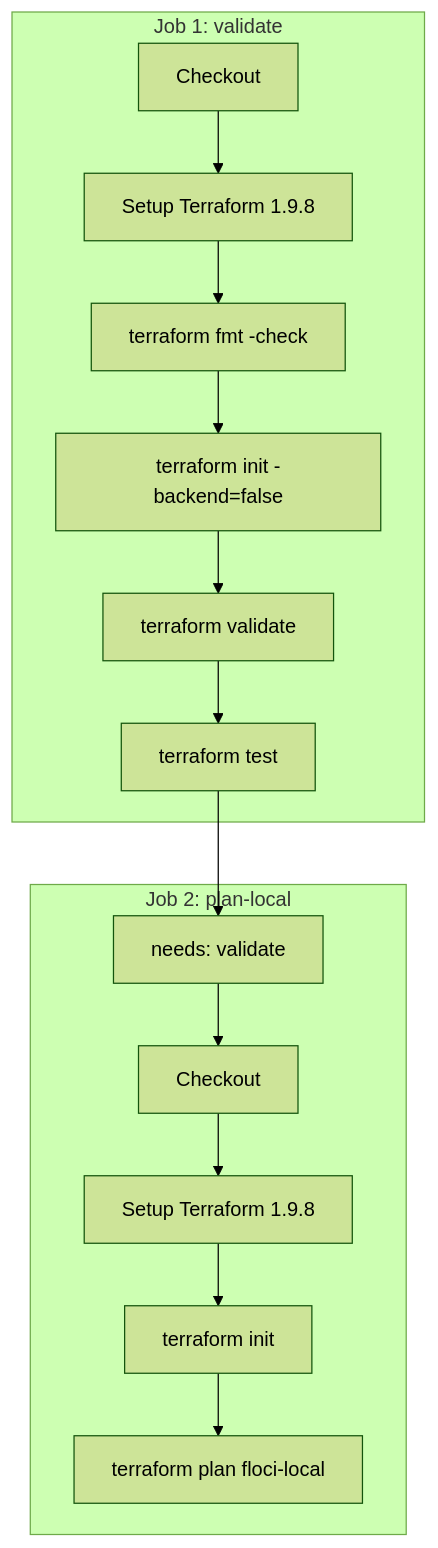
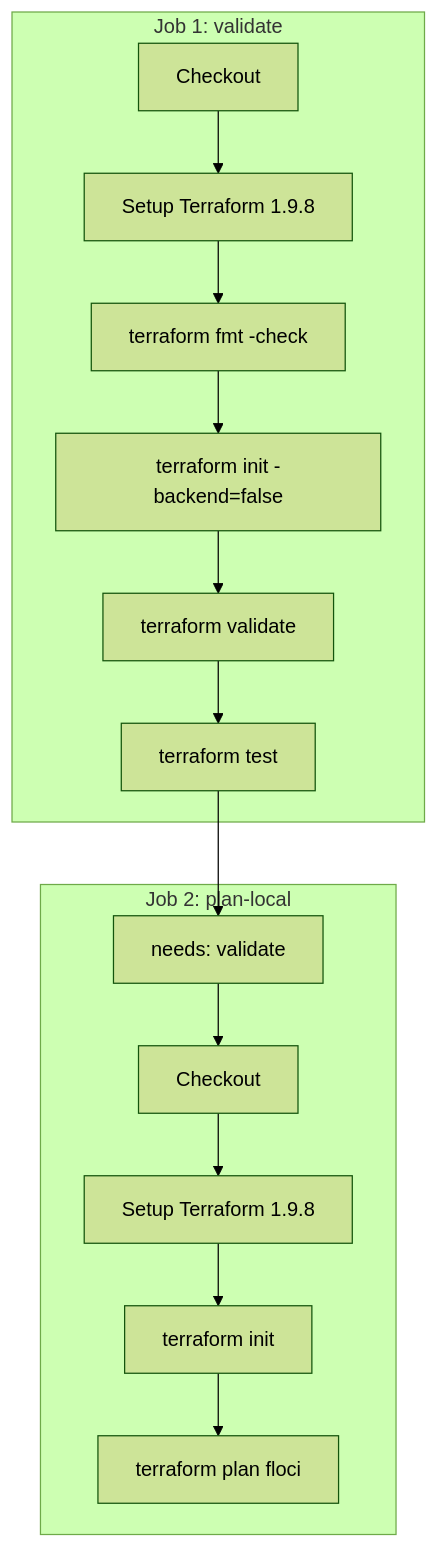
One commit to kunalPisolkar24/detectAI changed the second of 4 diagrams in infra/docs/operations/ci-cd.md. Above: the diagram before and after it, drawn with Mermaid (forest theme). The commit also changed other lines of this file and 10 other files, not shown here.

````diff
--- a/infra/docs/operations/ci-cd.md
+++ b/infra/docs/operations/ci-cd.md
@@ -40,31 +40,31 @@
 ```mermaid
 graph TB
     subgraph "Job 1: validate"
         Checkout1[Checkout]
         Setup1[Setup Terraform 1.9.8]
         Fmt[terraform fmt -check]
         Init1[terraform init -backend=false]
         Validate[terraform validate]
         Test[terraform test]
     end
     
     subgraph "Job 2: plan-local"
         Needs[needs: validate]
         Checkout2[Checkout]
         Setup2[Setup Terraform 1.9.8]
         Init2[terraform init]
-        Plan[terraform plan floci-local]
+        Plan[terraform plan floci]
     end
     
     Checkout1 --> Setup1
     Setup1 --> Fmt
     Fmt --> Init1
     Init1 --> Validate
     Validate --> Test
     
     Test --> Needs
     Needs --> Checkout2
     Checkout2 --> Setup2
     Setup2 --> Init2
     Init2 --> Plan
 ```
````
